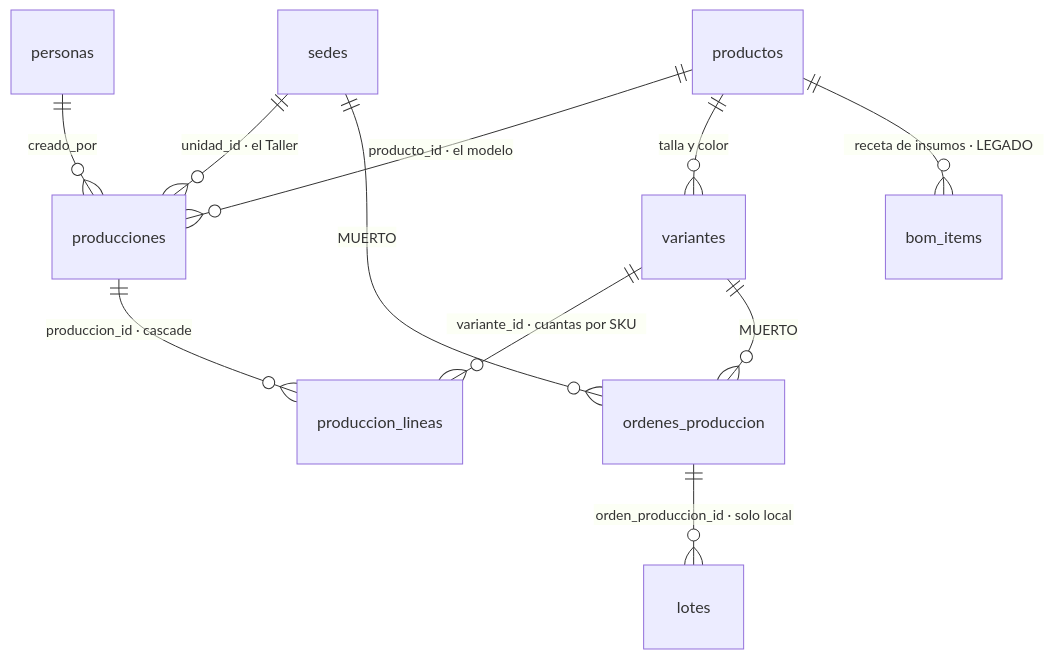
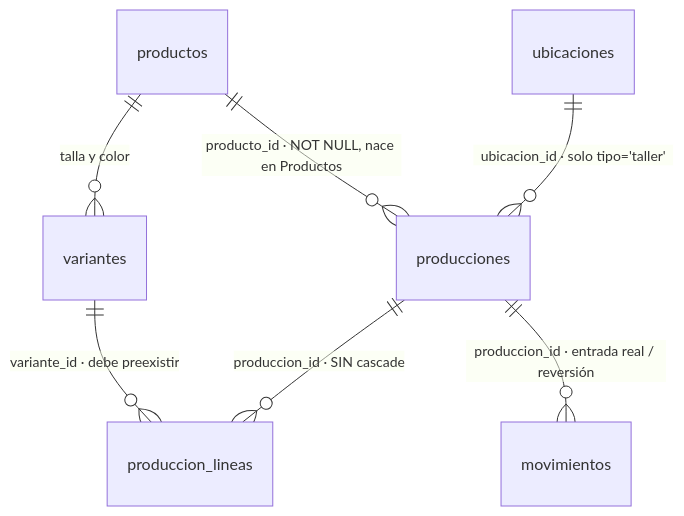
One commit to felipea92p-ux/cayla-retail changed the first of 2 diagrams in docs/datos/modulos/10-produccion-del-taller.md. Above: the diagram before and after it, drawn with Mermaid. The commit also changed other lines of this file and 1 other file, not shown here.

First line of the commit message:
docs(datos): refresca producción del taller y prioridad 1 contra la base real

````diff
--- a/docs/datos/modulos/10-produccion-del-taller.md
+++ b/docs/datos/modulos/10-produccion-del-taller.md
@@ -16,13 +24,9 @@
 ```mermaid
 erDiagram
-    sedes             ||--o{ producciones       : "unidad_id · el Taller"
-    productos         ||--o{ producciones       : "producto_id · el modelo"
-    personas          ||--o{ producciones       : "creado_por"
-    producciones      ||--o{ produccion_lineas  : "produccion_id · cascade"
-    variantes         ||--o{ produccion_lineas  : "variante_id · cuantas por SKU"
-    productos         ||--o{ variantes          : "talla y color"
-    productos         ||--o{ bom_items          : "receta de insumos · LEGADO"
-    variantes         ||--o{ ordenes_produccion : "MUERTO"
-    sedes             ||--o{ ordenes_produccion : "MUERTO"
-    ordenes_produccion ||--o{ lotes             : "orden_produccion_id · solo local"
+    ubicaciones   ||--o{ producciones      : "ubicacion_id · solo tipo='taller'"
+    productos     ||--o{ producciones      : "producto_id · NOT NULL, nace en Productos"
+    producciones  ||--o{ produccion_lineas : "produccion_id · SIN cascade"
+    variantes     ||--o{ produccion_lineas : "variante_id · debe preexistir"
+    productos     ||--o{ variantes         : "talla y color"
+    producciones  ||--o{ movimientos       : "produccion_id · entrada real / reversión"
 ```
````
